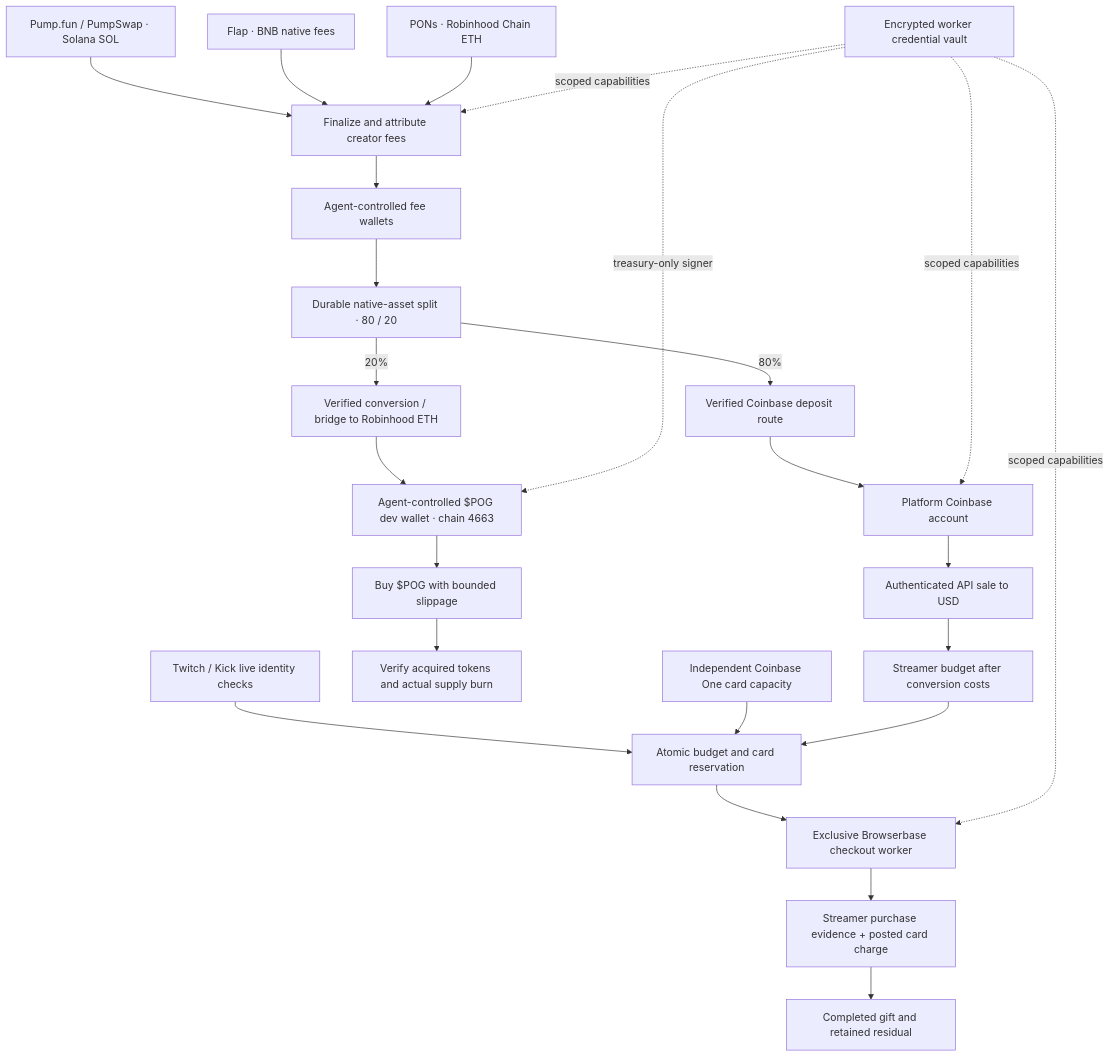
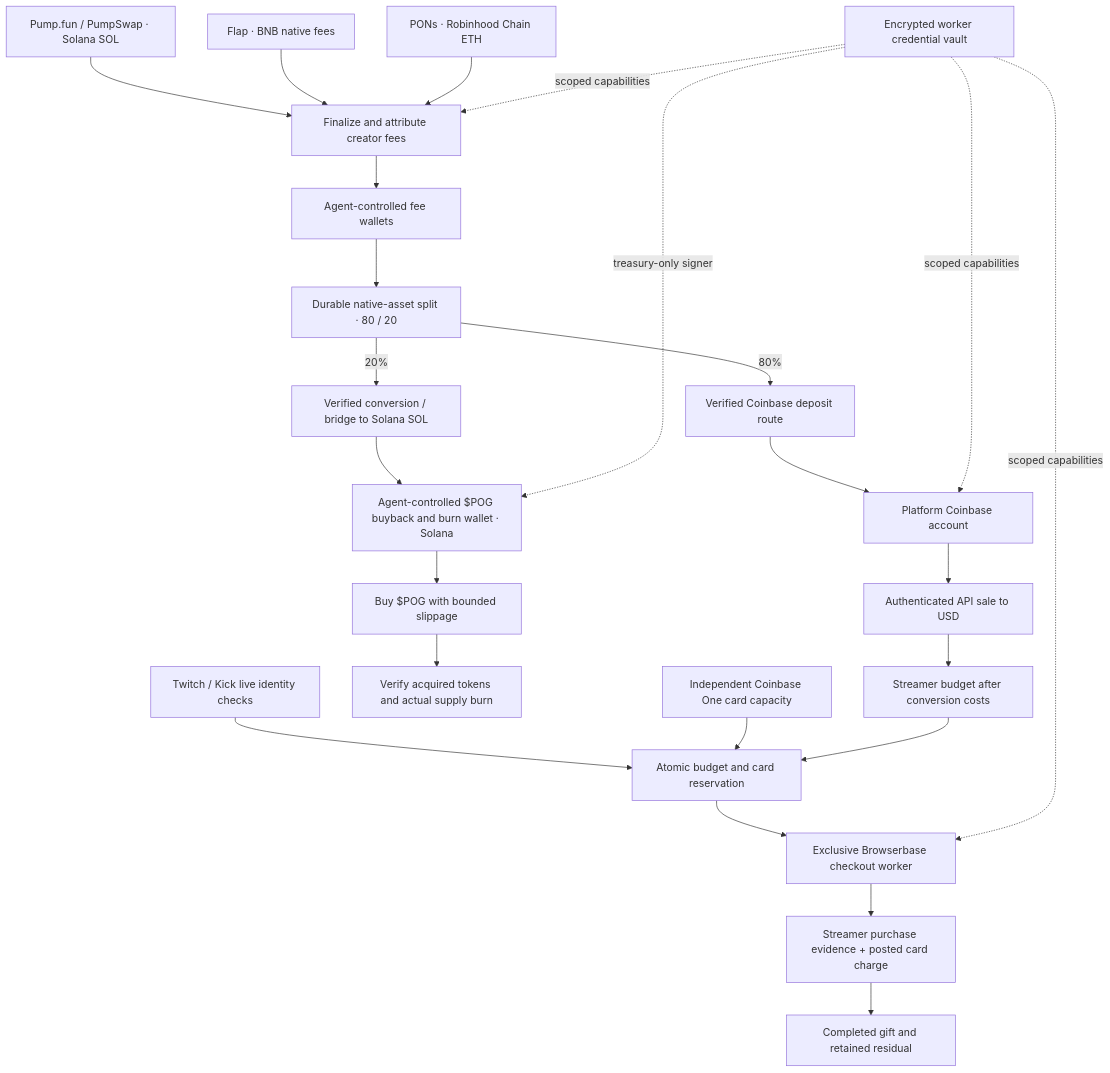
One commit to shadnsurfer/pogdotfun changed the diagram in README.md. Above: the diagram before and after it, drawn with Mermaid. The commit also changed other lines of this file and 23 other files, not shown here.

Commit message:
Publish vault addresses and move POG buybacks to Solana

````diff
--- a/README.md
+++ b/README.md
@@ -9,26 +9,26 @@
 ```mermaid
 flowchart TD
   Pump[Pump.fun / PumpSwap · Solana SOL] --> Claims
   Flap[Flap · BNB native fees] --> Claims
   Pons[PONs · Robinhood Chain ETH] --> Claims
   Claims[Finalize and attribute creator fees] --> Vault[Agent-controlled fee wallets]
   Vault --> Split[Durable native-asset split · 80 / 20]
   Split -->|80%| Route[Verified Coinbase deposit route]
   Route --> Coinbase[Platform Coinbase account]
   Coinbase --> Sale[Authenticated API sale to USD]
   Sale --> Ledger[Streamer budget after conversion costs]
-  Split -->|20%| Bridge[Verified conversion / bridge to Robinhood ETH]
-  Bridge --> Dev[Agent-controlled $POG dev wallet · chain 4663]
+  Split -->|20%| Bridge[Verified conversion / bridge to Solana SOL]
+  Bridge --> Dev[Agent-controlled $POG buyback and burn wallet · Solana]
   Dev --> Buy[Buy $POG with bounded slippage]
   Buy --> Burn[Verify acquired tokens and actual supply burn]
   Live[Twitch / Kick live identity checks] --> Gate
   Card[Independent Coinbase One card capacity] --> Gate
   Ledger --> Gate[Atomic budget and card reservation]
   Gate --> Browser[Exclusive Browserbase checkout worker]
   Browser --> Proof[Streamer purchase evidence + posted card charge]
   Proof --> Receipt[Completed gift and retained residual]
   Secrets[Encrypted worker credential vault] -. scoped capabilities .-> Claims
   Secrets -. scoped capabilities .-> Coinbase
   Secrets -. scoped capabilities .-> Browser
   Secrets -. treasury-only signer .-> Dev
 ```
````
